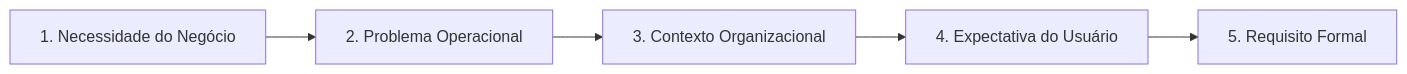
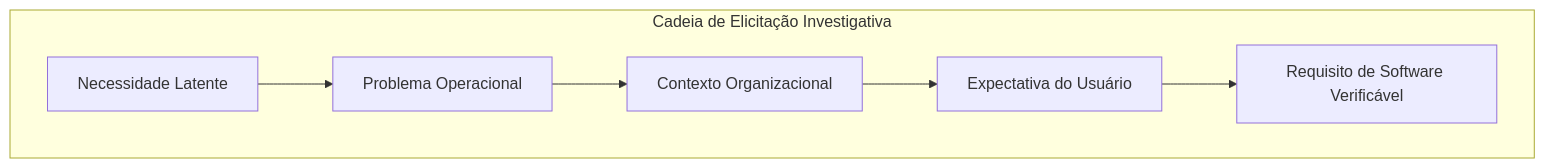
The fifth of 24 diagrams in 4º Semestre/[Prof. Wesley Soares] Engenharia de Software II/Resumos-IA/Simulados-Comentados.md (murilolol/unifef), drawn with Mermaid before and after one commit. The commit also changed other lines of this file and 58 other files, not shown here.

````diff
--- a/4º Semestre/[Prof. Wesley Soares] Engenharia de Software II/Resumos-IA/Simulados-Comentados.md
+++ b/4º Semestre/[Prof. Wesley Soares] Engenharia de Software II/Resumos-IA/Simulados-Comentados.md
@@ -451,7 +182,9 @@
 ```mermaid
-flowchart LR
-    N["1. Necessidade do Negócio"] --> P["2. Problema Operacional"]
-    P --> C["3. Contexto Organizacional"]
-    C --> E["4. Expectativa do Usuário"]
-    E --> R["5. Requisito Formal"]
+flowchart TD
+    subgraph Elicitacao["Cadeia de Elicitação Investigativa"]
+        N["Necessidade Latente"] --> P["Problema Operacional"]
+        P --> C["Contexto Organizacional"]
+        C --> E["Expectativa do Usuário"]
+        E --> R["Requisito de Software Verificável"]
+    end
 ```
````
